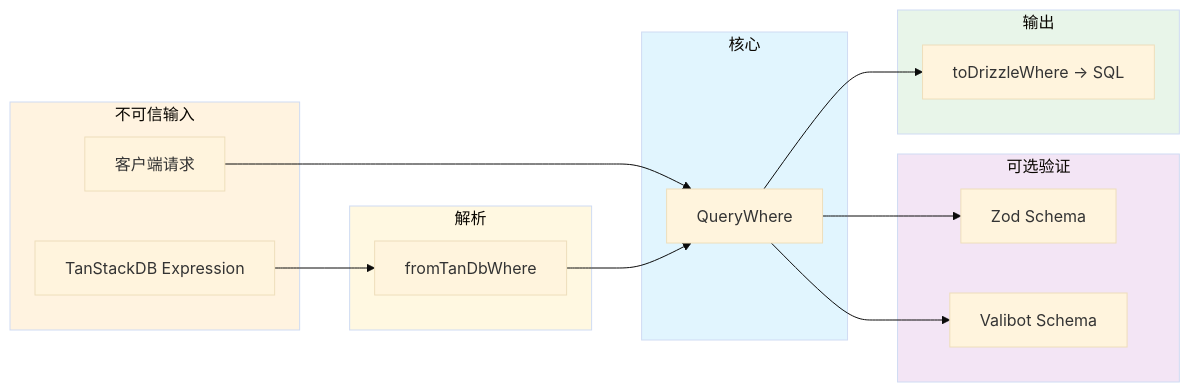
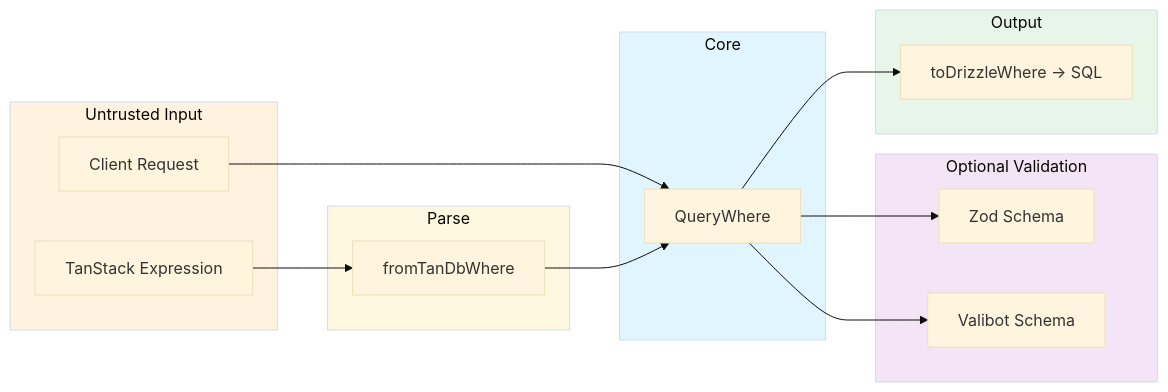
Before and after one commit to Nahida-aa/agnostic-query: the second of 3 diagrams in README.md, drawn with Mermaid (base theme). The commit also changed other lines of this file and 26 other files, not shown here.

````diff
--- a/README.md
+++ b/README.md
@@ -36,36 +27,36 @@
 ```mermaid
 flowchart LR
-    subgraph Input["不可信输入"]
-        client[客户端请求]
-        tanstack_expr[TanStackDB Expression]
+    subgraph Input["Untrusted Input"]
+        client[Client Request]
+        tanstack_expr[TanStack Expression]
     end
 
-    subgraph Parse["解析"]
+    subgraph Parse["Parse"]
         tanparse["fromTanDbWhere"]
     end
 
-    subgraph Validate["可选验证"]
+    subgraph Validate["Optional Validation"]
         zod[Zod Schema]
         valibot[Valibot Schema]
     end
 
-    subgraph Core["核心"]
+    subgraph Core["Core"]
         qw[QueryWhere]
     end
 
-    subgraph Output["输出"]
-        drizzle[toDrizzleWhere → SQL]
+    subgraph Output["Output"]
+        drizzle["toDrizzleWhere → SQL"]
     end
 
     client --> qw
     qw --> zod
     qw --> valibot
     tanstack_expr --> tanparse --> qw
     qw --> drizzle
 
     style Input fill:#fff3e0
     style Parse fill:#fff8e1
     style Validate fill:#f3e5f5
     style Core fill:#e1f5fe
     style Output fill:#e8f5e9
 ```
````
